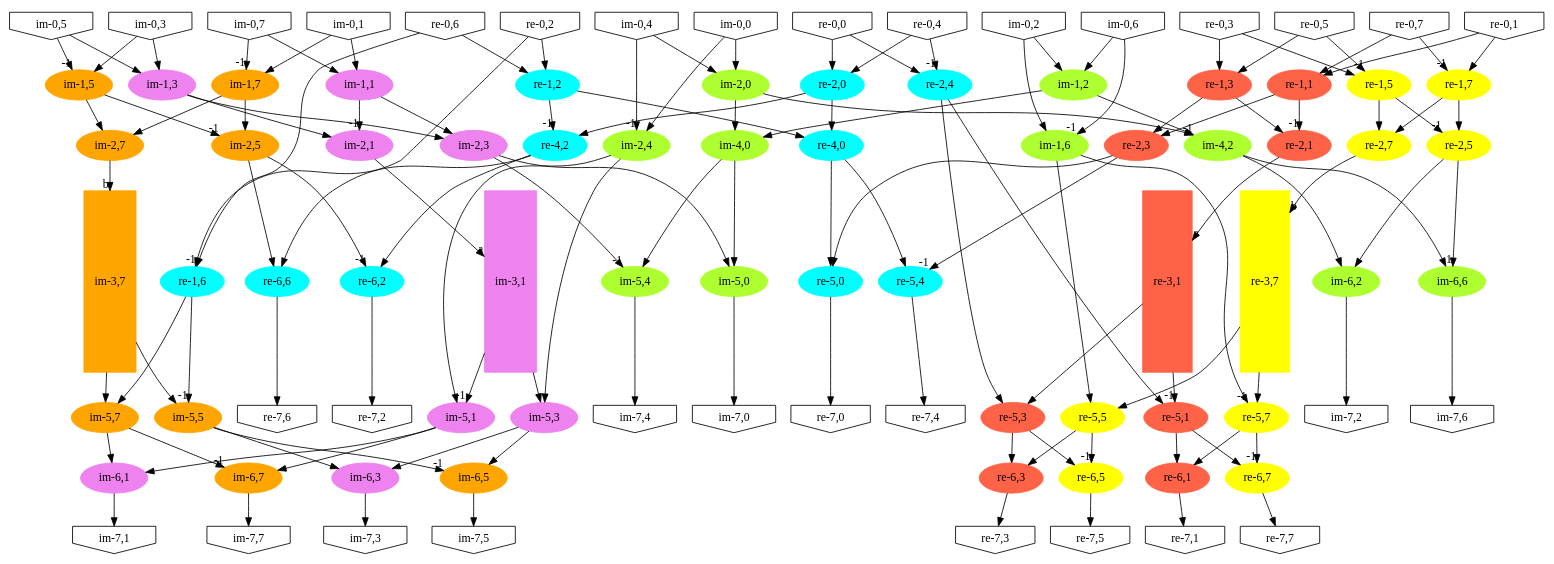
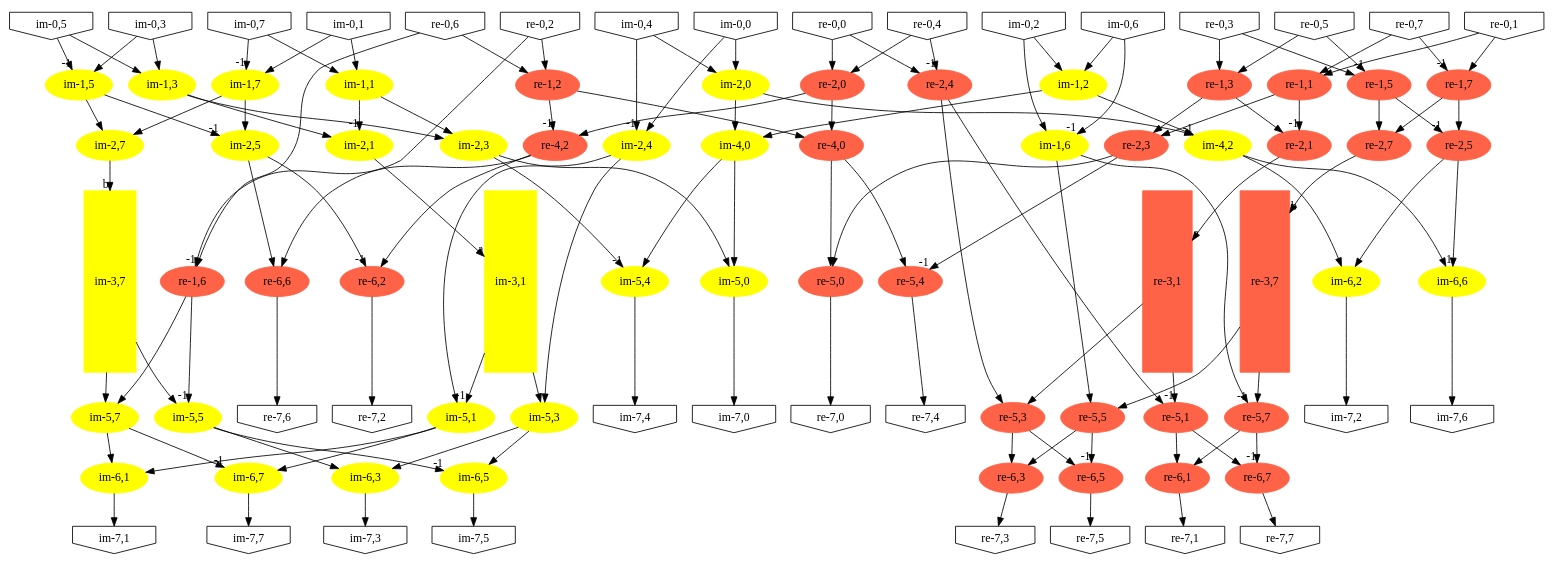
One commit to drom/stackdrom changed the diagram in src/graph2stack/dot/03.dot. Above: the diagram before and after it, drawn with Graphviz. The commit also changed 24 other files, not shown here.

```diff
--- a/src/graph2stack/dot/03.dot
+++ b/src/graph2stack/dot/03.dot
@@ -10,34 +10,34 @@
   "im-0,5" [shape="invhouse"];
   "im-0,6" [shape="invhouse"];
   "im-0,7" [shape="invhouse"];
-  "im-1,1" [color="violet",fontcolor="black",shape="oval",style="filled"];
-  "im-1,2" [color="greenyellow",fontcolor="black",shape="oval",style="filled"];
-  "im-1,3" [color="violet",fontcolor="black",shape="oval",style="filled"];
-  "im-1,5" [color="orange",fontcolor="black",shape="oval",style="filled"];
-  "im-1,6" [color="greenyellow",fontcolor="black",shape="oval",style="filled"];
-  "im-1,7" [color="orange",fontcolor="black",shape="oval",style="filled"];
-  "im-2,0" [color="greenyellow",fontcolor="black",shape="oval",style="filled"];
-  "im-2,1" [color="violet",fontcolor="black",shape="oval",style="filled"];
-  "im-2,3" [color="violet",fontcolor="black",shape="oval",style="filled"];
-  "im-2,4" [color="greenyellow",fontcolor="black",shape="oval",style="filled"];
-  "im-2,5" [color="orange",fontcolor="black",shape="oval",style="filled"];
-  "im-2,7" [color="orange",fontcolor="black",shape="oval",style="filled"];
-  "im-3,1" [color="violet",fontcolor="black",height="3",shape="box",style="filled"];
-  "im-3,7" [color="orange",fontcolor="black",height="3",shape="box",style="filled"];
-  "im-4,0" [color="greenyellow",fontcolor="black",shape="oval",style="filled"];
-  "im-4,2" [color="greenyellow",fontcolor="black",shape="oval",style="filled"];
-  "im-5,0" [color="greenyellow",fontcolor="black",shape="oval",style="filled"];
-  "im-5,1" [color="violet",fontcolor="black",shape="oval",style="filled"];
-  "im-5,3" [color="violet",fontcolor="black",shape="oval",style="filled"];
-  "im-5,4" [color="greenyellow",fontcolor="black",shape="oval",style="filled"];
-  "im-5,5" [color="orange",fontcolor="black",shape="oval",style="filled"];
-  "im-5,7" [color="orange",fontcolor="black",shape="oval",style="filled"];
-  "im-6,1" [color="violet",fontcolor="black",shape="oval",style="filled"];
-  "im-6,2" [color="greenyellow",fontcolor="black",shape="oval",style="filled"];
-  "im-6,3" [color="violet",fontcolor="black",shape="oval",style="filled"];
-  "im-6,5" [color="orange",fontcolor="black",shape="oval",style="filled"];
-  "im-6,6" [color="greenyellow",fontcolor="black",shape="oval",style="filled"];
-  "im-6,7" [color="orange",fontcolor="black",shape="oval",style="filled"];
+  "im-1,1" [color="yellow",fontcolor="black",shape="oval",style="filled"];
+  "im-1,2" [color="yellow",fontcolor="black",shape="oval",style="filled"];
+  "im-1,3" [color="yellow",fontcolor="black",shape="oval",style="filled"];
+  "im-1,5" [color="yellow",fontcolor="black",shape="oval",style="filled"];
+  "im-1,6" [color="yellow",fontcolor="black",shape="oval",style="filled"];
+  "im-1,7" [color="yellow",fontcolor="black",shape="oval",style="filled"];
+  "im-2,0" [color="yellow",fontcolor="black",shape="oval",style="filled"];
+  "im-2,1" [color="yellow",fontcolor="black",shape="oval",style="filled"];
+  "im-2,3" [color="yellow",fontcolor="black",shape="oval",style="filled"];
+  "im-2,4" [color="yellow",fontcolor="black",shape="oval",style="filled"];
+  "im-2,5" [color="yellow",fontcolor="black",shape="oval",style="filled"];
+  "im-2,7" [color="yellow",fontcolor="black",shape="oval",style="filled"];
+  "im-3,1" [color="yellow",fontcolor="black",height="3",shape="box",style="filled"];
+  "im-3,7" [color="yellow",fontcolor="black",height="3",shape="box",style="filled"];
+  "im-4,0" [color="yellow",fontcolor="black",shape="oval",style="filled"];
+  "im-4,2" [color="yellow",fontcolor="black",shape="oval",style="filled"];
+  "im-5,0" [color="yellow",fontcolor="black",shape="oval",style="filled"];
+  "im-5,1" [color="yellow",fontcolor="black",shape="oval",style="filled"];
+  "im-5,3" [color="yellow",fontcolor="black",shape="oval",style="filled"];
+  "im-5,4" [color="yellow",fontcolor="black",shape="oval",style="filled"];
+  "im-5,5" [color="yellow",fontcolor="black",shape="oval",style="filled"];
+  "im-5,7" [color="yellow",fontcolor="black",shape="oval",style="filled"];
+  "im-6,1" [color="yellow",fontcolor="black",shape="oval",style="filled"];
+  "im-6,2" [color="yellow",fontcolor="black",shape="oval",style="filled"];
+  "im-6,3" [color="yellow",fontcolor="black",shape="oval",style="filled"];
+  "im-6,5" [color="yellow",fontcolor="black",shape="oval",style="filled"];
+  "im-6,6" [color="yellow",fontcolor="black",shape="oval",style="filled"];
+  "im-6,7" [color="yellow",fontcolor="black",shape="oval",style="filled"];
   "im-7,0" [shape="invhouse"];
   "im-7,1" [shape="invhouse"];
   "im-7,2" [shape="invhouse"];
@@ -55,33 +55,33 @@
   "re-0,6" [shape="invhouse"];
   "re-0,7" [shape="invhouse"];
   "re-1,1" [color="tomato",fontcolor="black",shape="oval",style="filled"];
-  "re-1,2" [color="cyan",fontcolor="black",shape="oval",style="filled"];
+  "re-1,2" [color="tomato",fontcolor="black",shape="oval",style="filled"];
   "re-1,3" [color="tomato",fontcolor="black",shape="oval",style="filled"];
-  "re-1,5" [color="yellow",fontcolor="black",shape="oval",style="filled"];
-  "re-1,6" [color="cyan",fontcolor="black",shape="oval",style="filled"];
-  "re-1,7" [color="yellow",fontcolor="black",shape="oval",style="filled"];
-  "re-2,0" [color="cyan",fontcolor="black",shape="oval",style="filled"];
+  "re-1,5" [color="tomato",fontcolor="black",shape="oval",style="filled"];
+  "re-1,6" [color="tomato",fontcolor="black",shape="oval",style="filled"];
+  "re-1,7" [color="tomato",fontcolor="black",shape="oval",style="filled"];
+  "re-2,0" [color="tomato",fontcolor="black",shape="oval",style="filled"];
   "re-2,1" [color="tomato",fontcolor="black",shape="oval",style="filled"];
   "re-2,3" [color="tomato",fontcolor="black",shape="oval",style="filled"];
-  "re-2,4" [color="cyan",fontcolor="black",shape="oval",style="filled"];
-  "re-2,5" [color="yellow",fontcolor="black",shape="oval",style="filled"];
-  "re-2,7" [color="yellow",fontcolor="black",shape="oval",style="filled"];
+  "re-2,4" [color="tomato",fontcolor="black",shape="oval",style="filled"];
+  "re-2,5" [color="tomato",fontcolor="black",shape="oval",style="filled"];
+  "re-2,7" [color="tomato",fontcolor="black",shape="oval",style="filled"];
   "re-3,1" [color="tomato",fontcolor="black",height="3",shape="box",style="filled"];
-  "re-3,7" [color="yellow",fontcolor="black",height="3",shape="box",style="filled"];
-  "re-4,0" [color="cyan",fontcolor="black",shape="oval",style="filled"];
-  "re-4,2" [color="cyan",fontcolor="black",shape="oval",style="filled"];
-  "re-5,0" [color="cyan",fontcolor="black",shape="oval",style="filled"];
+  "re-3,7" [color="tomato",fontcolor="black",height="3",shape="box",style="filled"];
+  "re-4,0" [color="tomato",fontcolor="black",shape="oval",style="filled"];
+  "re-4,2" [color="tomato",fontcolor="black",shape="oval",style="filled"];
+  "re-5,0" [color="tomato",fontcolor="black",shape="oval",style="filled"];
   "re-5,1" [color="tomato",fontcolor="black",shape="oval",style="filled"];
   "re-5,3" [color="tomato",fontcolor="black",shape="oval",style="filled"];
-  "re-5,4" [color="cyan",fontcolor="black",shape="oval",style="filled"];
-  "re-5,5" [color="yellow",fontcolor="black",shape="oval",style="filled"];
-  "re-5,7" [color="yellow",fontcolor="black",shape="oval",style="filled"];
+  "re-5,4" [color="tomato",fontcolor="black",shape="oval",style="filled"];
+  "re-5,5" [color="tomato",fontcolor="black",shape="oval",style="filled"];
+  "re-5,7" [color="tomato",fontcolor="black",shape="oval",style="filled"];
   "re-6,1" [color="tomato",fontcolor="black",shape="oval",style="filled"];
-  "re-6,2" [color="cyan",fontcolor="black",shape="oval",style="filled"];
+  "re-6,2" [color="tomato",fontcolor="black",shape="oval",style="filled"];
   "re-6,3" [color="tomato",fontcolor="black",shape="oval",style="filled"];
-  "re-6,5" [color="yellow",fontcolor="black",shape="oval",style="filled"];
-  "re-6,6" [color="cyan",fontcolor="black",shape="oval",style="filled"];
-  "re-6,7" [color="yellow",fontcolor="black",shape="oval",style="filled"];
+  "re-6,5" [color="tomato",fontcolor="black",shape="oval",style="filled"];
+  "re-6,6" [color="tomato",fontcolor="black",shape="oval",style="filled"];
+  "re-6,7" [color="tomato",fontcolor="black",shape="oval",style="filled"];
   "re-7,0" [shape="invhouse"];
   "re-7,1" [shape="invhouse"];
   "re-7,2" [shape="invhouse"];
```
